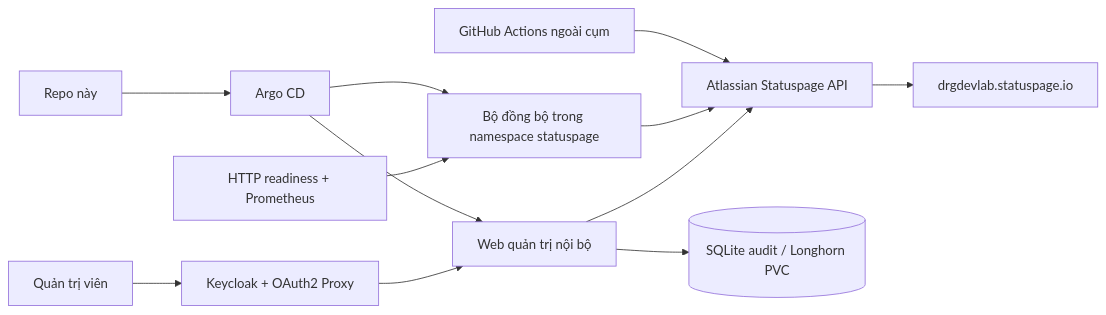
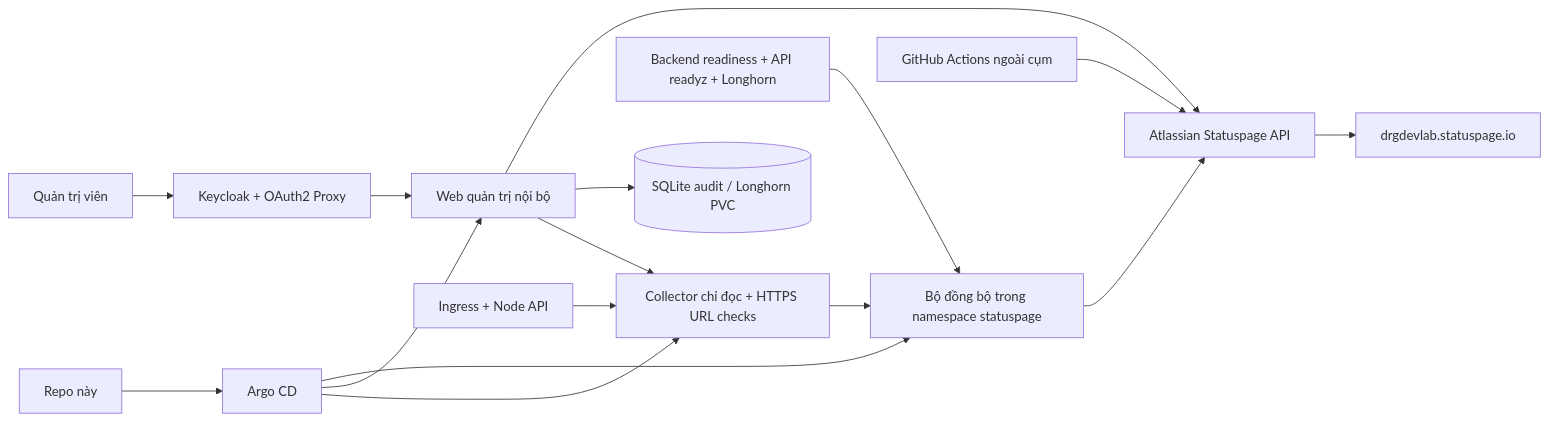
Before and after one commit to devsecopslonghn/statuspage-platform: the diagram in README.md, drawn with Mermaid. The commit also changed other lines of this file and 24 other files, not shown here.

Commit message:
feat(statuspage): discover ingress URLs and individual node health (#6)

````diff
--- a/README.md
+++ b/README.md
@@ -14,13 +14,17 @@
 ```mermaid
 flowchart LR
   Operator[Quản trị viên] --> OAuth[Keycloak + OAuth2 Proxy]
   OAuth --> Admin[Web quản trị nội bộ]
   Admin --> API[Atlassian Statuspage API]
-  Probes[HTTP readiness + Prometheus] --> Sync[Bộ đồng bộ trong namespace statuspage]
+  K8s[Ingress + Node API] --> Collector[Collector chỉ đọc + HTTPS URL checks]
+  Collector --> Sync[Bộ đồng bộ trong namespace statuspage]
+  Probes[Backend readiness + API readyz + Longhorn] --> Sync
   Sync --> API
   GH[GitHub Actions ngoài cụm] --> API
   API --> Public[drgdevlab.statuspage.io]
   Admin --> Audit[(SQLite audit / Longhorn PVC)]
   Git[Repo này] --> Argo[Argo CD] --> Sync
   Argo --> Admin
+  Argo --> Collector
+  Admin --> Collector
 ```
````
